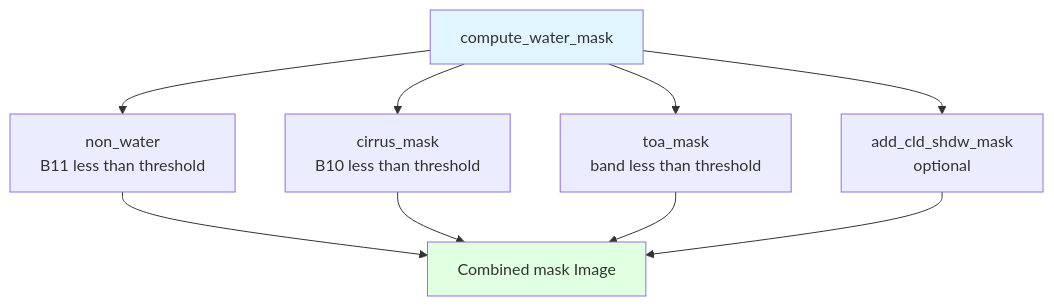
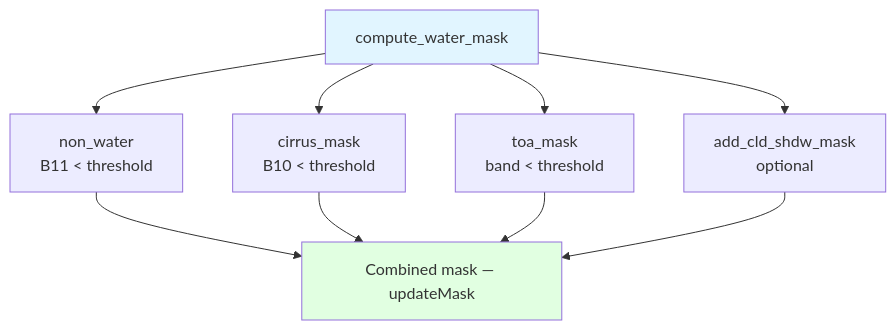
One commit to Aouei/gee_acolite changed the sixth of 6 diagrams in docs/architecture/class_diagram.md. Above: the diagram before and after it, drawn with Mermaid. The commit also changed other lines of this file and 6 other files, not shown here.

````diff
--- a/docs/architecture/class_diagram.md
+++ b/docs/architecture/class_diagram.md
@@ -155,14 +250,14 @@
 ```mermaid
 flowchart TD
-    A[compute_water_mask] --> B[non_water<br/>B11 less than threshold]
-    A --> C[cirrus_mask<br/>B10 less than threshold]
-    A --> D[toa_mask<br/>band less than threshold]
+    A[compute_water_mask] --> B[non_water<br/>B11 &lt; threshold]
+    A --> C[cirrus_mask<br/>B10 &lt; threshold]
+    A --> D[toa_mask<br/>band &lt; threshold]
     A --> E[add_cld_shdw_mask<br/>optional]
-    B --> F[Combined mask Image]
+    B --> F[Combined mask — updateMask]
     C --> F
     D --> F
     E --> F
 
     style A fill:#e1f5ff
     style F fill:#e1ffe1
 ```
````
